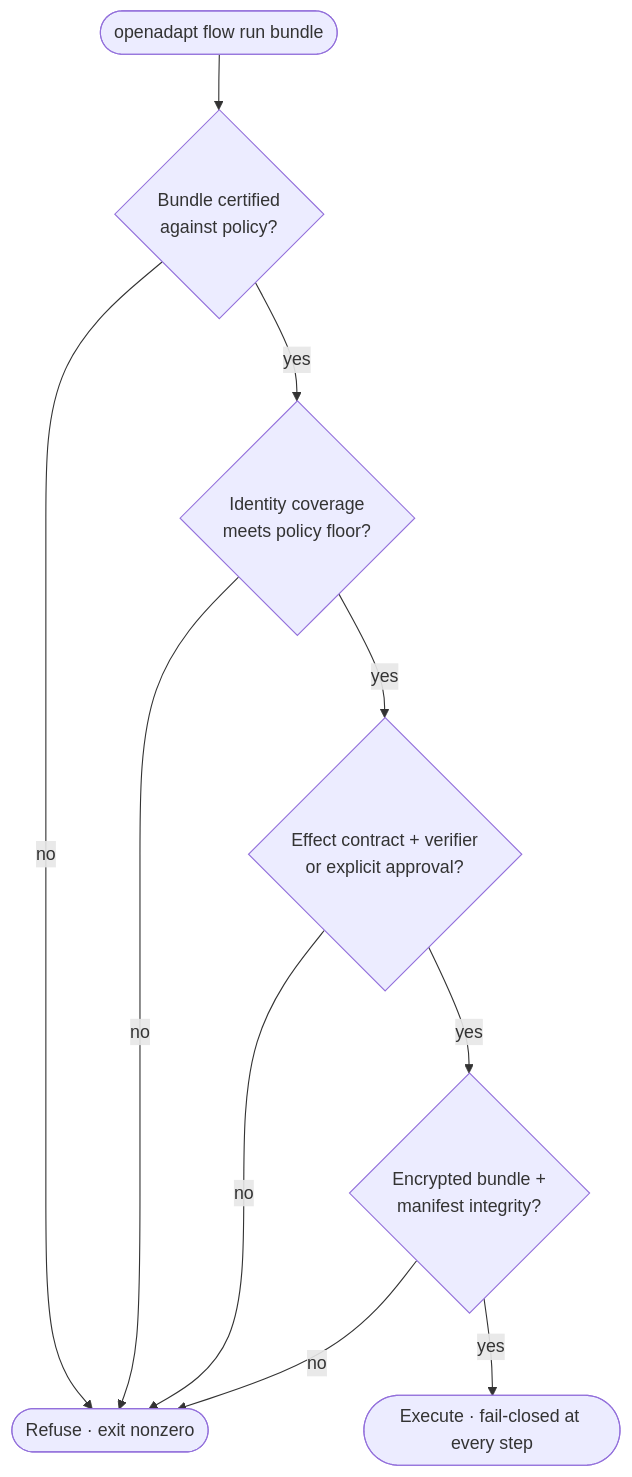
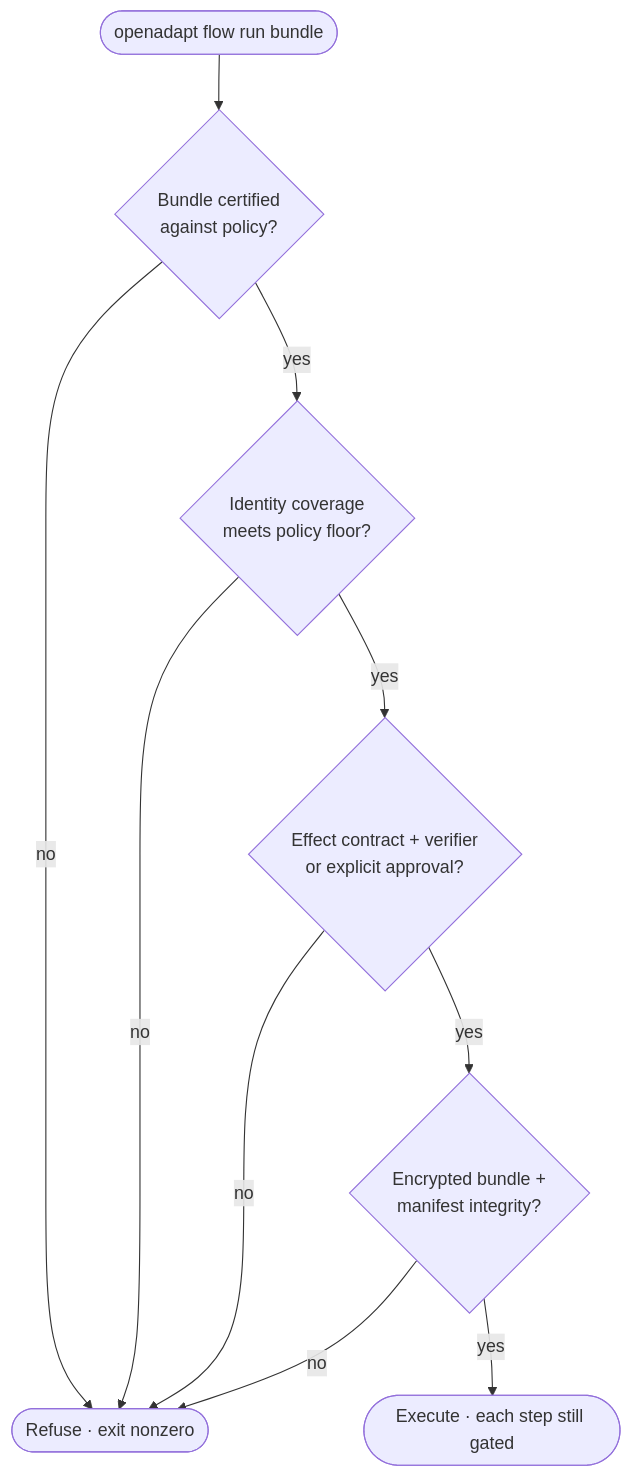
The diagram in docs/concepts/regulated-execution.md (OpenAdaptAI/openadapt-ops), drawn with Mermaid before and after one commit. The commit also changed other lines of this file and 38 other files, not shown here.

First line of the commit message:
docs: drop fail-closed slogan headings from public docs (#176)

````diff
--- a/docs/concepts/regulated-execution.md
+++ b/docs/concepts/regulated-execution.md
@@ -37,12 +35,12 @@
 ```mermaid
 flowchart TD
     START([openadapt flow run bundle]) --> C{Bundle certified<br/>against policy?}
     C -->|no| REFUSE([Refuse · exit nonzero])
     C -->|yes| I{Identity coverage<br/>meets policy floor?}
     I -->|no| REFUSE
     I -->|yes| E{Effect contract + verifier<br/>or explicit approval?}
     E -->|no| REFUSE
     E -->|yes| B{Encrypted bundle +<br/>manifest integrity?}
     B -->|no| REFUSE
-    B -->|yes| GO([Execute · fail-closed at every step])
+    B -->|yes| GO([Execute · each step still gated])
 ```
````
